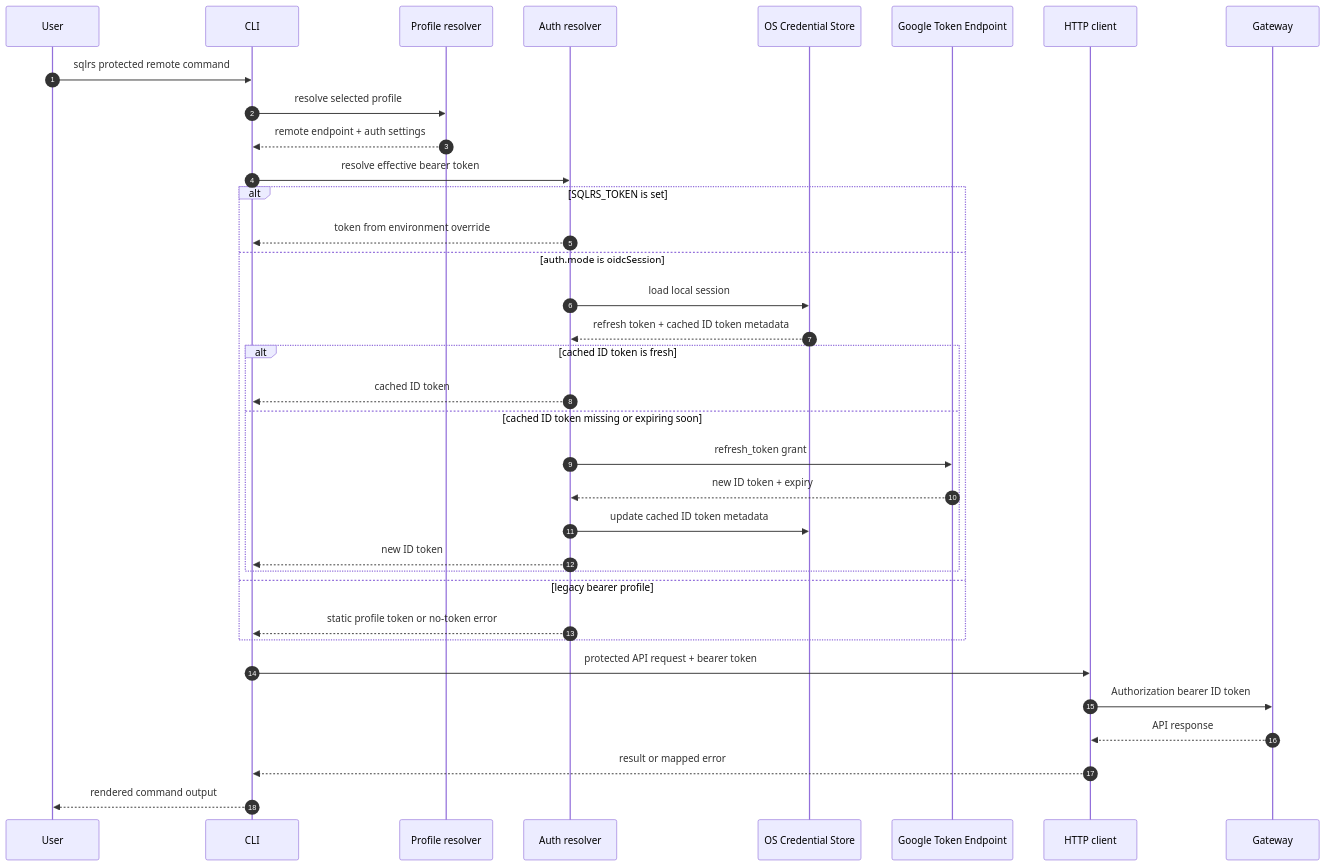
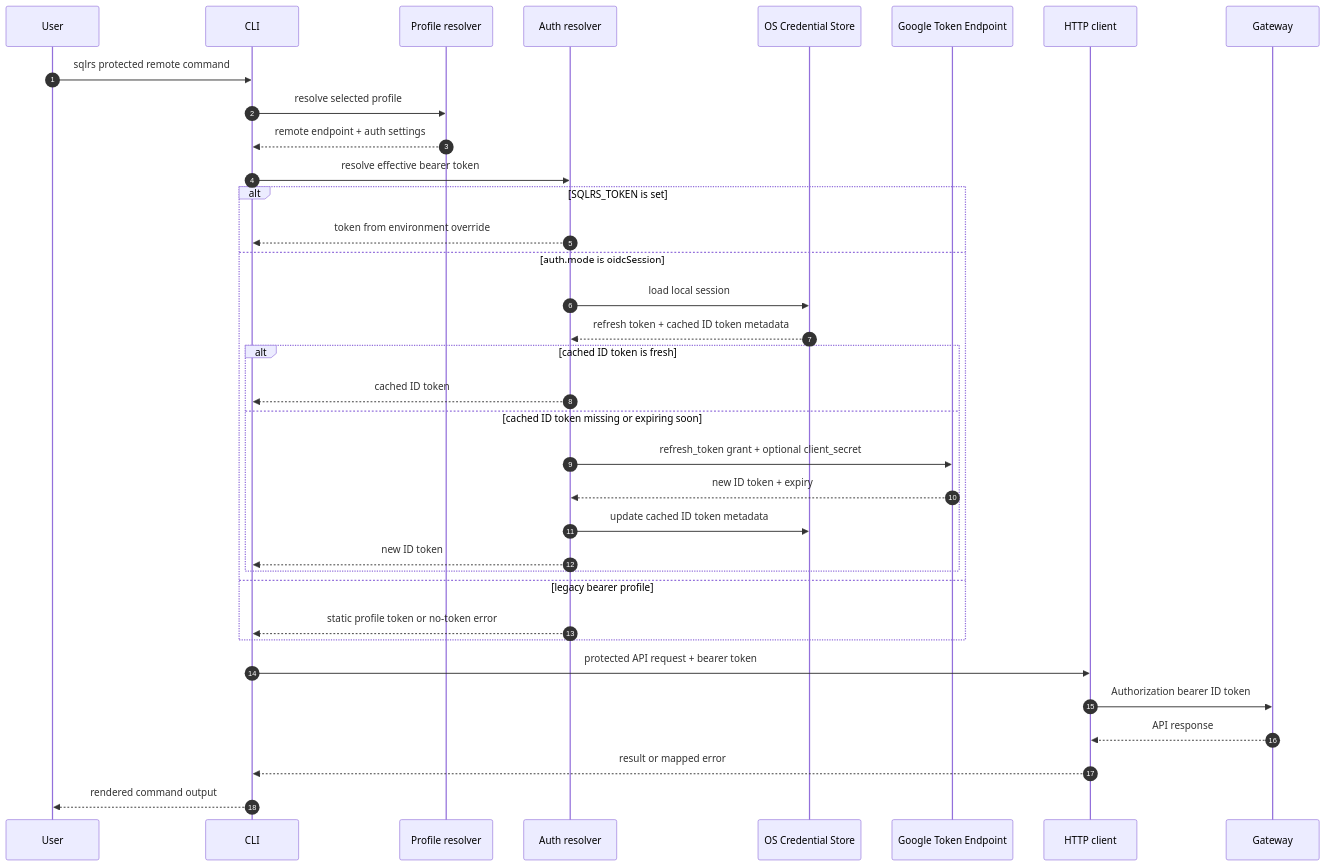
Before and after one commit to kimak-irmagi/taidon: the second of 4 diagrams in docs/architecture/cli-auth-flow.RU.md, drawn with Mermaid. The commit also changed other lines of this file and 17 other files, not shown here.

First line of the commit message:
fix(cli): pass Google desktop client secret to Google token endpoint

````diff
--- a/docs/architecture/cli-auth-flow.RU.md
+++ b/docs/architecture/cli-auth-flow.RU.md
@@ -100,38 +103,38 @@
 ```mermaid
 sequenceDiagram
   autonumber
   participant USER as User
   participant CLI as CLI
   participant PROFILE as Profile resolver
   participant AUTH as Auth resolver
   participant STORE as OS Credential Store
   participant GOOGLE_TOKEN as Google Token Endpoint
   participant CLIENT as HTTP client
   participant GW as Gateway
 
   USER->>CLI: sqlrs protected remote command
   CLI->>PROFILE: resolve selected profile
   PROFILE-->>CLI: remote endpoint + auth settings
   CLI->>AUTH: resolve effective bearer token
   alt SQLRS_TOKEN is set
     AUTH-->>CLI: token from environment override
   else auth.mode is oidcSession
     AUTH->>STORE: load local session
     STORE-->>AUTH: refresh token + cached ID token metadata
     alt cached ID token is fresh
       AUTH-->>CLI: cached ID token
     else cached ID token missing or expiring soon
-      AUTH->>GOOGLE_TOKEN: refresh_token grant
+      AUTH->>GOOGLE_TOKEN: refresh_token grant + optional client_secret
       GOOGLE_TOKEN-->>AUTH: new ID token + expiry
       AUTH->>STORE: update cached ID token metadata
       AUTH-->>CLI: new ID token
     end
   else legacy bearer profile
     AUTH-->>CLI: static profile token or no-token error
   end
   CLI->>CLIENT: protected API request + bearer token
   CLIENT->>GW: Authorization bearer ID token
   GW-->>CLIENT: API response
   CLIENT-->>CLI: result or mapped error
   CLI-->>USER: rendered command output
 ```
````
